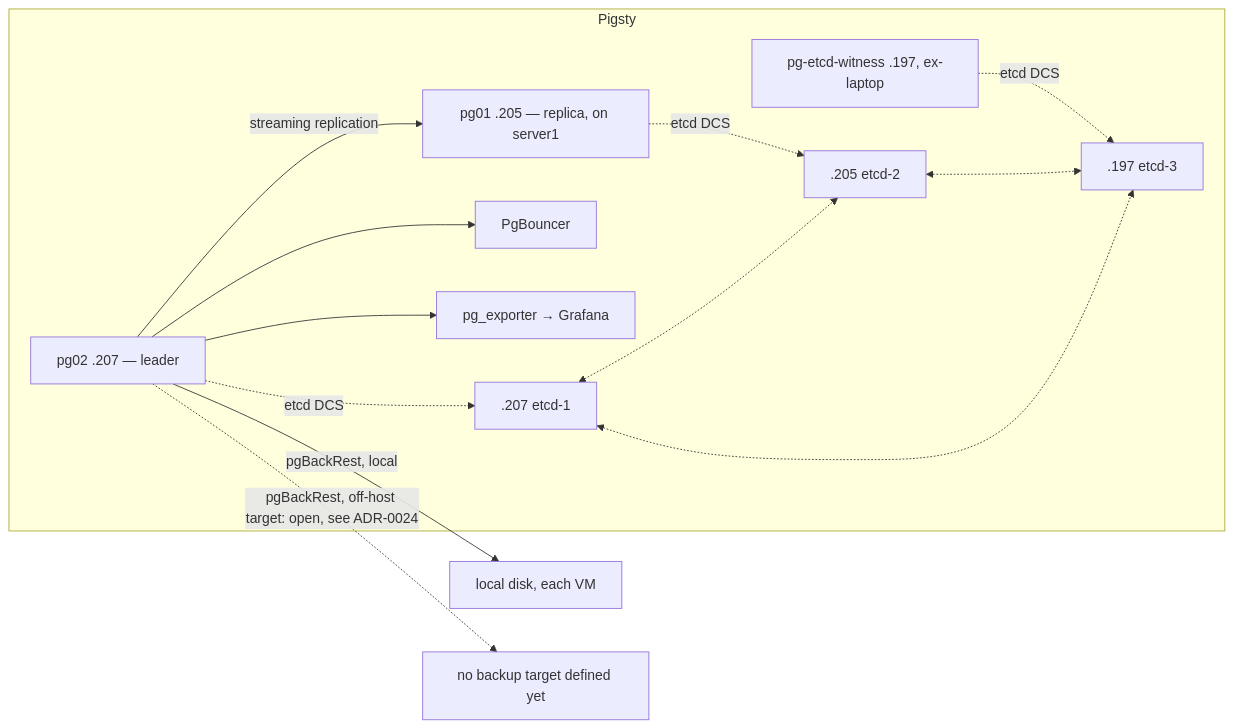
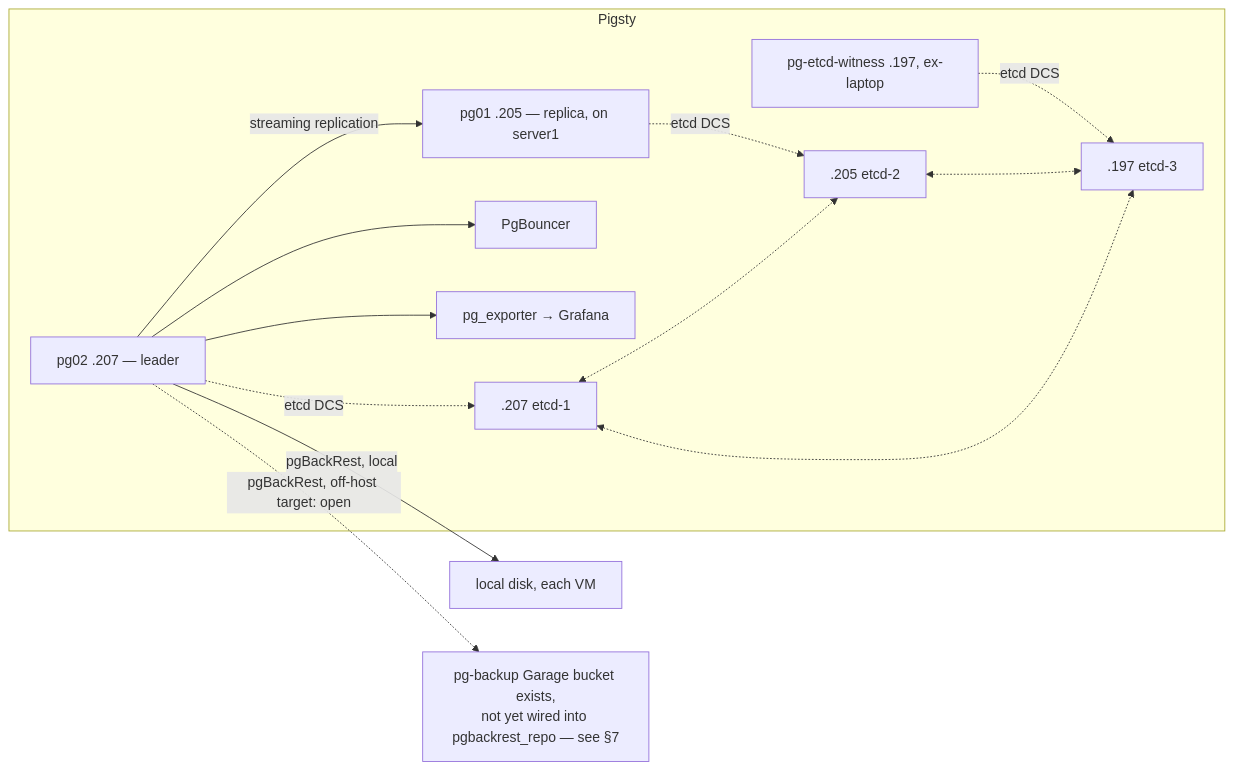
The fifth of 7 diagrams in ARCHITECTURE.md (MohammadBnei/infra-bootstrap), drawn with Mermaid before and after one commit. The commit also changed other lines of this file, not shown here.

First line of the commit message:
docs(architecture): fix manifests-repo attribution, refresh pg backup-target status

````diff
--- a/ARCHITECTURE.md
+++ b/ARCHITECTURE.md
@@ -401,16 +401,16 @@
 ```mermaid
 graph LR
     subgraph Pigsty
         P1[pg02 .207 — leader] -- streaming replication --> P2[pg01 .205 — replica, on server1]
         P1 --> Bouncer[PgBouncer]
         P1 --> Exporter[pg_exporter → Grafana]
         P1 -.->|etcd DCS| E1[.207 etcd-1]
         P2 -.->|etcd DCS| E2[.205 etcd-2]
         W[pg-etcd-witness .197, ex-laptop] -.->|etcd DCS| E3[.197 etcd-3]
         E1 <-.-> E2
         E2 <-.-> E3
         E1 <-.-> E3
     end
     P1 -- pgBackRest, local --> LocalBackup[local disk, each VM]
-    P1 -.->|pgBackRest, off-host target: open, see ADR-0024| Open[no backup target defined yet]
+    P1 -.->|pgBackRest, off-host target: open| Open["pg-backup Garage bucket exists,<br/>not yet wired into pgbackrest_repo — see §7"]
 ```
````
